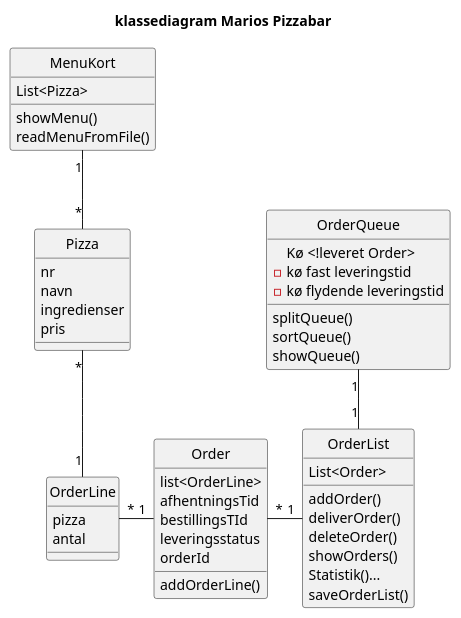
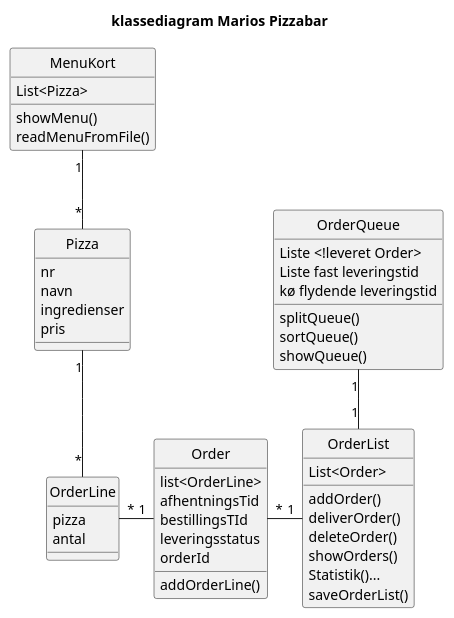
Before and after one commit to ThorbjoernJensen/Marios-Pizzabar: the diagram in PlantUML/MariosPizzabarKlassediagram.puml, drawn with PlantUML. The commit also changed 14 other files, not shown here.

```diff
--- a/PlantUML/MariosPizzabarKlassediagram.puml
+++ b/PlantUML/MariosPizzabarKlassediagram.puml
@@ -1,68 +1,61 @@
 @startuml
 
 title klassediagram Marios Pizzabar
 
 
 hide circle
 
 Class MenuKort{
 List<Pizza>
 showMenu()
 readMenuFromFile()
 }
 
 Class Pizza{
 nr
 navn
 ingredienser
 pris
 }
 
 Class OrderLine{
 pizza
 antal
 }
 
-
-
-
-
 Class Order{
 list<OrderLine>
 afhentningsTid
 bestillingsTId
 leveringsstatus
 orderId
-
 addOrderLine()
-
-
 }
 
 Class OrderList{
 List<Order>
 addOrder()
 deliverOrder()
 deleteOrder()
 showOrders()
 Statistik()...
 saveOrderList()
 }
 
 Class OrderQueue{
-Kø <!leveret Order>
- - kø fast leveringstid
- - kø flydende leveringstid
+Liste <!leveret Order>
+Liste fast leveringstid
+kø flydende leveringstid
 splitQueue()
 sortQueue()
 showQueue()
 }
 
 MenuKort "1" -- "*" Pizza
-Pizza "*" -- "1" OrderLine
+Pizza "1" -- "*" OrderLine
 
 OrderQueue "1" -down- "1" OrderList
 OrderLine "*" -right- "1" Order
 Order "*" -right- "1" OrderList
 
 @enduml
```
